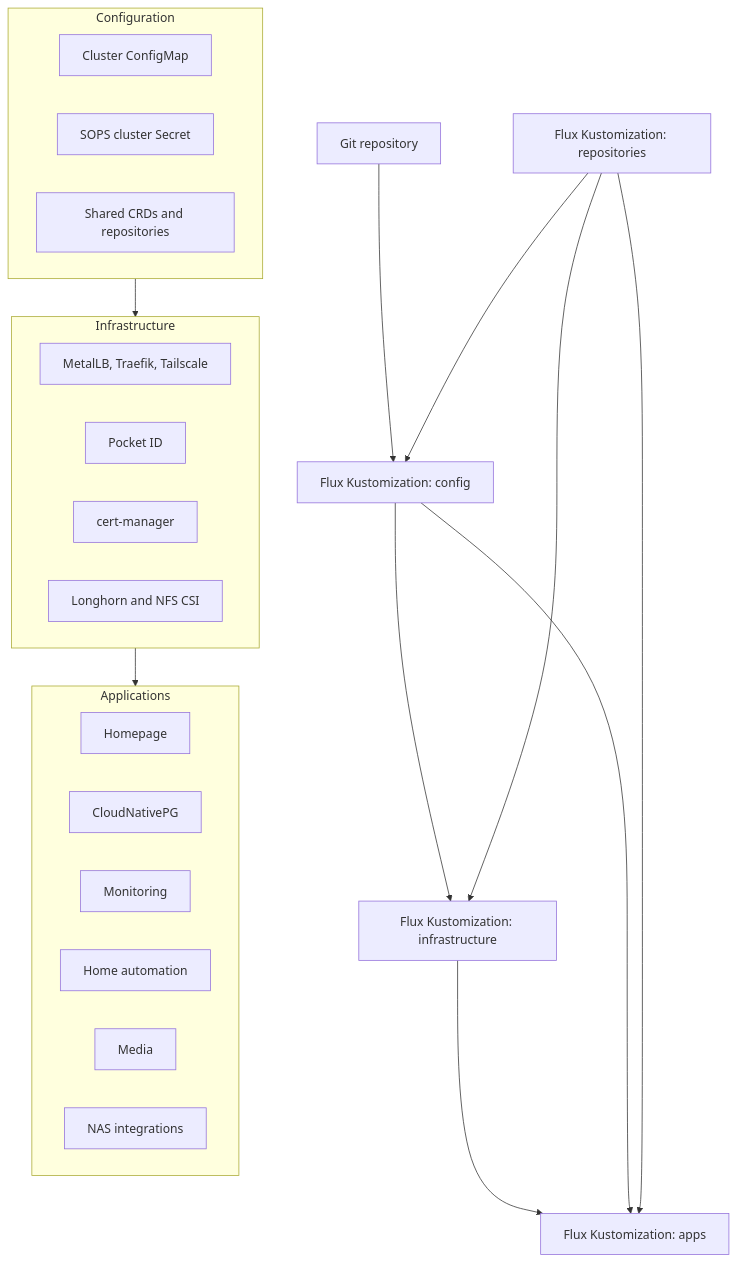
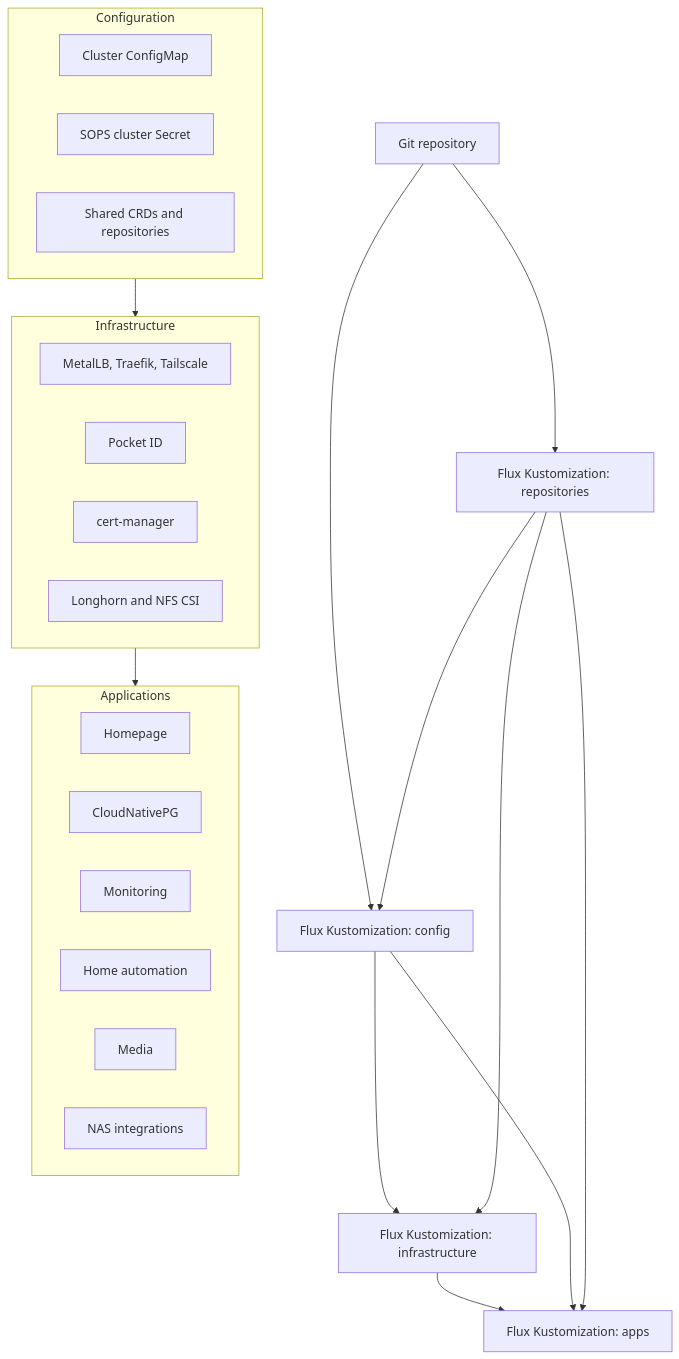
One commit to ghimele/homelab changed the first of 2 diagrams in docs/Production-Cluster.md. Above: the diagram before and after it, drawn with Mermaid. The commit also changed other lines of this file and 1 other file, not shown here.

````diff
--- a/docs/Production-Cluster.md
+++ b/docs/Production-Cluster.md
@@ -8,35 +8,36 @@
 ```mermaid
 flowchart TD
-  Git["Git repository"] --> Config["Flux Kustomization: config"]
+  Git["Git repository"] --> Repos["Flux Kustomization: repositories"]
+  Git --> Config["Flux Kustomization: config"]
   Repos["Flux Kustomization: repositories"] --> Config
   Config --> Infra["Flux Kustomization: infrastructure"]
   Repos --> Infra
   Infra --> Apps["Flux Kustomization: apps"]
   Config --> Apps
   Repos --> Apps
 
   subgraph ConfigLayer["Configuration"]
     Settings["Cluster ConfigMap"]
     Secrets["SOPS cluster Secret"]
     CRDs["Shared CRDs and repositories"]
   end
 
   subgraph InfraLayer["Infrastructure"]
     Network["MetalLB, Traefik, Tailscale"]
     Identity["Pocket ID"]
     Security["cert-manager"]
     Storage["Longhorn and NFS CSI"]
   end
 
   subgraph AppLayer["Applications"]
     Homepage["Homepage"]
     CNPG["CloudNativePG"]
     Monitoring["Monitoring"]
     HomeAutomation["Home automation"]
     Media["Media"]
     NAS["NAS integrations"]
   end
 
   ConfigLayer --> InfraLayer
   InfraLayer --> AppLayer
 ```
````
